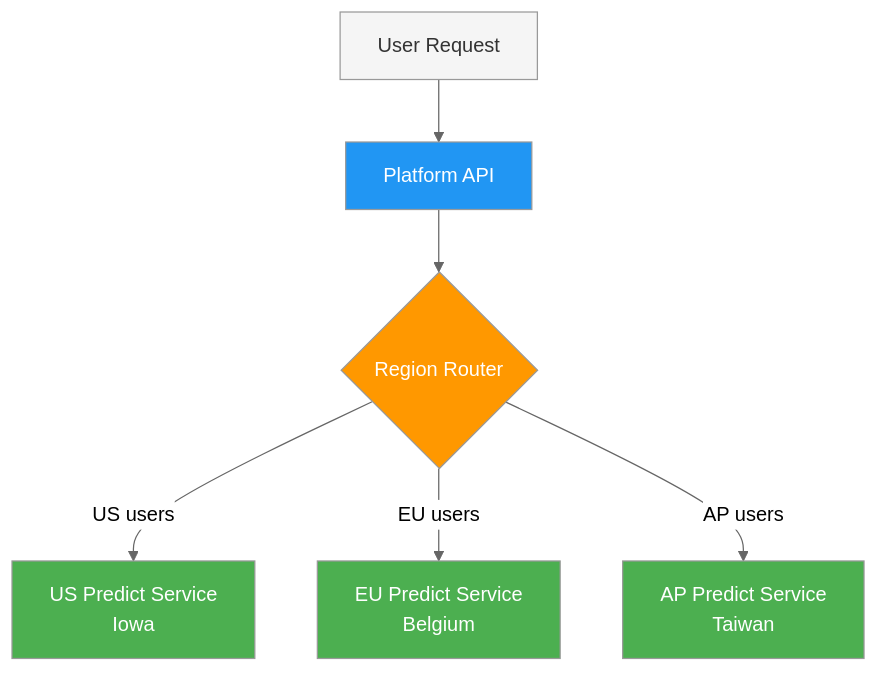
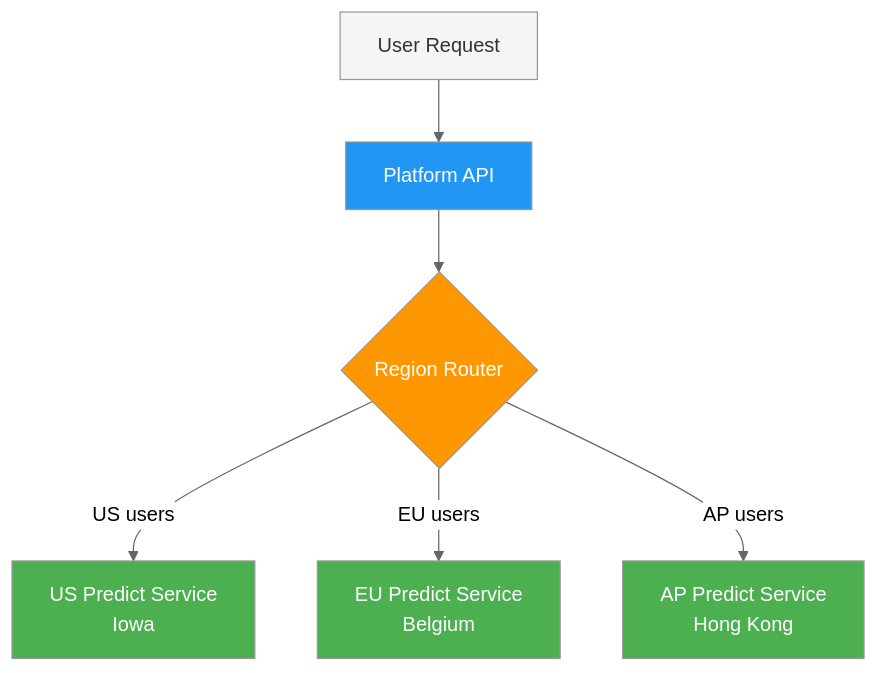
One commit to medusa717/AI-ULTRALYTICS changed the second of 2 diagrams in docs/en/platform/deploy/index.md. Above: the diagram before and after it, drawn with Mermaid (neutral theme). The commit also changed other lines of this file and 14 other files, not shown here.

````diff
--- a/docs/en/platform/deploy/index.md
+++ b/docs/en/platform/deploy/index.md
@@ -59,15 +59,15 @@
 ```mermaid
 graph TB
     User[User Request] --> API[Platform API]
     API --> Router{Region Router}
     Router -->|US users| US["US Predict Service<br/>Iowa"]
     Router -->|EU users| EU["EU Predict Service<br/>Belgium"]
-    Router -->|AP users| AP["AP Predict Service<br/>Taiwan"]
+    Router -->|AP users| AP["AP Predict Service<br/>Hong Kong"]
 
     style User fill:#f5f5f5,color:#333
     style API fill:#2196F3,color:#fff
     style Router fill:#FF9800,color:#fff
     style US fill:#4CAF50,color:#fff
     style EU fill:#4CAF50,color:#fff
     style AP fill:#4CAF50,color:#fff
 ```
````
